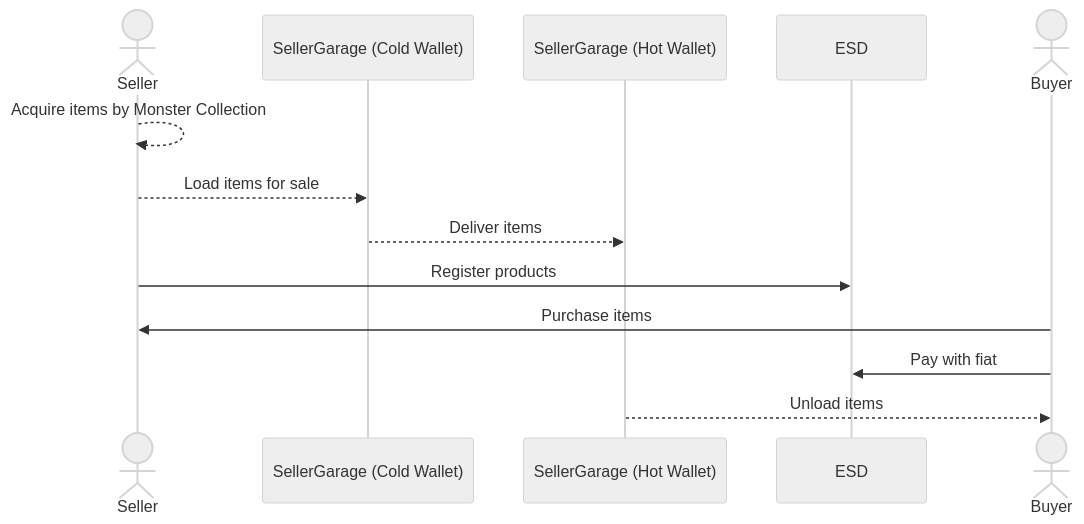
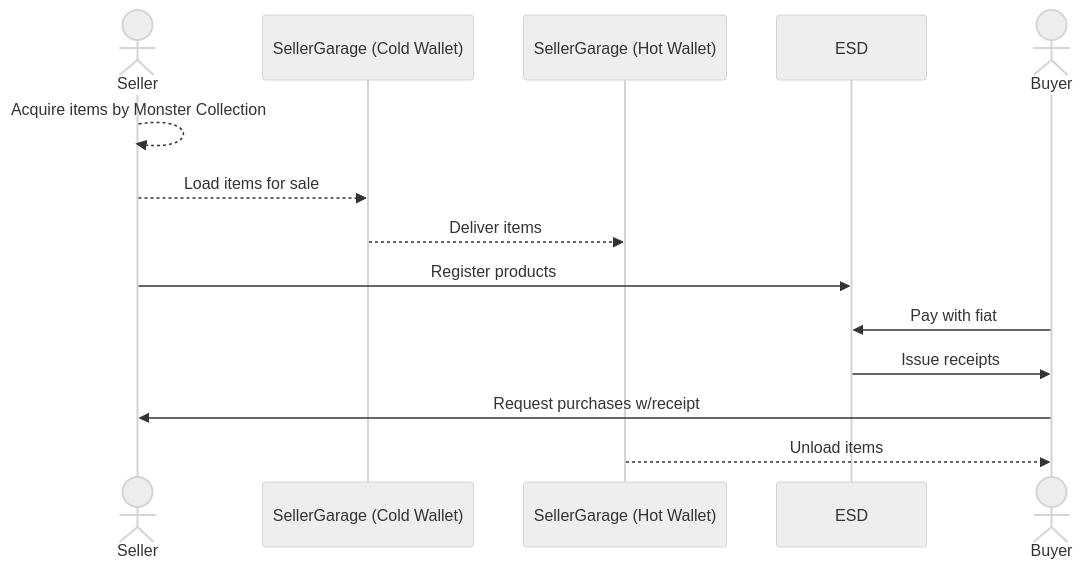
One commit to planetarium/NCIPs changed the second of 2 diagrams in NCIP/ncip-16.md. Above: the diagram before and after it, drawn with Mermaid (neutral theme). The commit also changed other lines of this file, not shown here.

Commit message:
Detailed purchase

````diff
--- a/NCIP/ncip-16.md
+++ b/NCIP/ncip-16.md
@@ -93,16 +94,17 @@
 ```mermaid
 sequenceDiagram
     actor Seller
-	participant SCG as SellerGarage (Cold Wallet)
-	participant SHG as SellerGarage (Hot Wallet)
+    participant SCG as SellerGarage (Cold Wallet)
+    participant SHG as SellerGarage (Hot Wallet)
     participant ESD
     actor Buyer
 
     Seller-->>Seller: Acquire items by Monster Collection
     Seller-->>SCG: Load items for sale
     SCG-->>SHG: Deliver items
     Seller->>ESD: Register products
-    Buyer->>Seller: Purchase items
     Buyer->>ESD: Pay with fiat
+    ESD ->> Buyer: Issue receipts
+    Buyer ->> Seller: Request purchases w/receipt
     SHG-->>Buyer: Unload items
 ```
````
